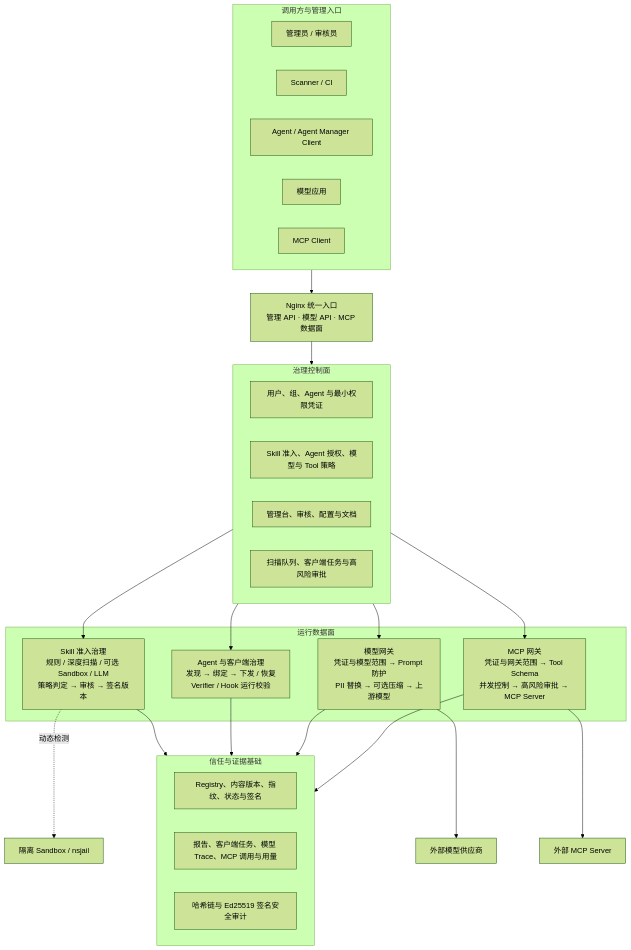
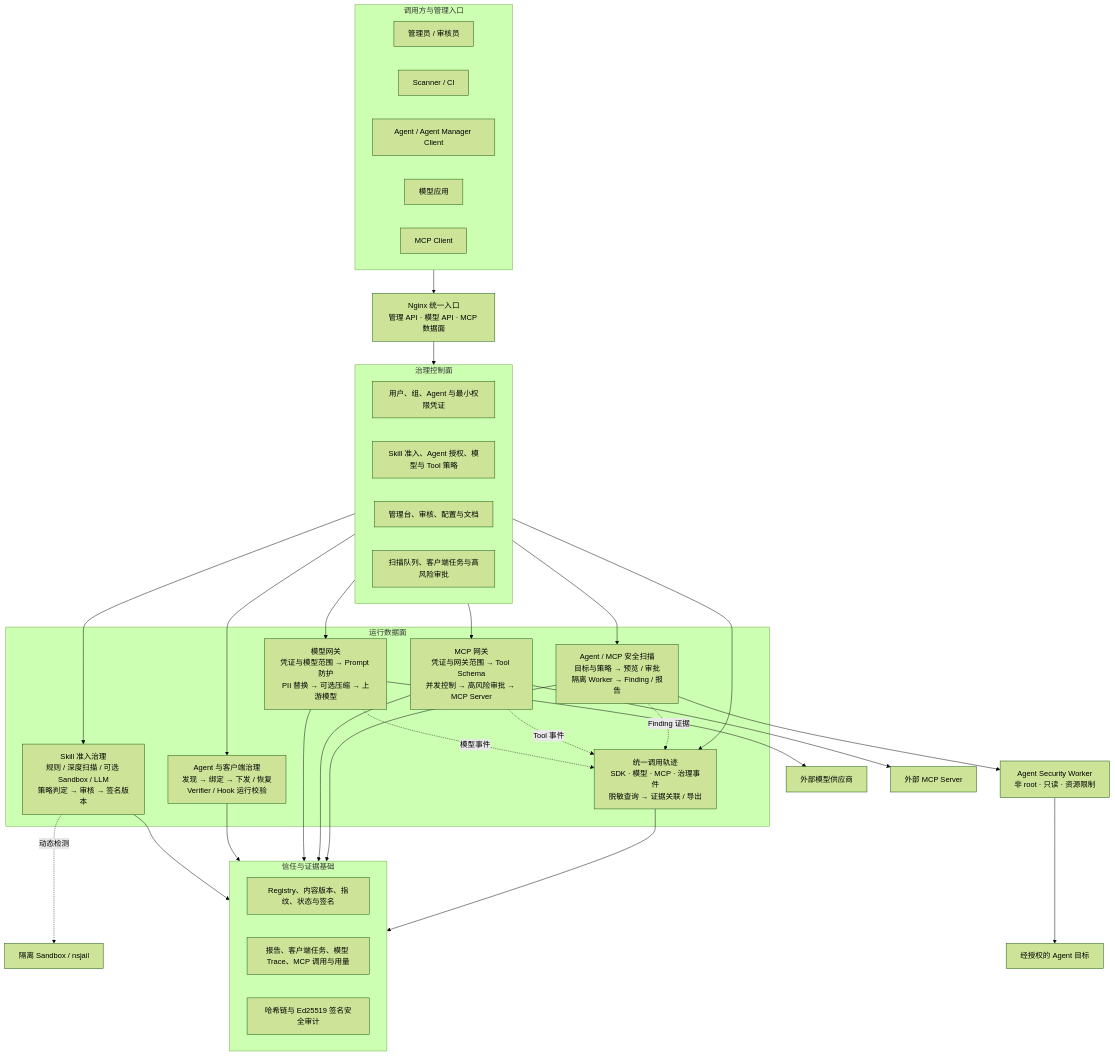
One commit to HuangLuGuang/skill-manager changed the second of 6 diagrams in docs/project-guide.md. Above: the diagram before and after it, drawn with Mermaid (forest theme). The commit also changed other lines of this file and 5150 other files, not shown here.

Commit message:
feat: add agent security scanning and Dify inventory

````diff
--- a/docs/project-guide.md
+++ b/docs/project-guide.md
@@ -164,49 +225,62 @@
 ```mermaid
 flowchart TB
     subgraph Callers["调用方与管理入口"]
       Admin["管理员 / 审核员"]
       Scanner["Scanner / CI"]
       Agent["Agent / Agent Manager Client"]
       ModelApp["模型应用"]
       McpClient["MCP Client"]
     end
 
     Entry["Nginx 统一入口<br/>管理 API · 模型 API · MCP 数据面"]
     Callers --> Entry
 
     subgraph Control["治理控制面"]
       Identity["用户、组、Agent 与最小权限凭证"]
       Policy["Skill 准入、Agent 授权、模型与 Tool 策略"]
       Console["管理台、审核、配置与文档"]
       Tasks["扫描队列、客户端任务与高风险审批"]
     end
     Entry --> Control
 
     subgraph Runtime["运行数据面"]
       Skill["Skill 准入治理<br/>规则 / 深度扫描 / 可选 Sandbox / LLM<br/>策略判定 → 审核 → 签名版本"]
       Client["Agent 与客户端治理<br/>发现 → 绑定 → 下发 / 恢复<br/>Verifier / Hook 运行校验"]
       Model["模型网关<br/>凭证与模型范围 → Prompt 防护<br/>PII 替换 → 可选压缩 → 上游模型"]
       MCP["MCP 网关<br/>凭证与网关范围 → Tool Schema<br/>并发控制 → 高风险审批 → MCP Server"]
+      AgentScan["Agent / MCP 安全扫描<br/>目标与策略 → 预览 / 审批<br/>隔离 Worker → Finding / 报告"]
+      RuntimeTrace["统一调用轨迹<br/>SDK · 模型 · MCP · 治理事件<br/>脱敏查询 → 证据关联 / 导出"]
     end
     Control --> Skill
     Control --> Client
     Control --> Model
     Control --> MCP
+    Control --> AgentScan
+    Control --> RuntimeTrace
 
     Sandbox["隔离 Sandbox / nsjail"]
+    SecurityWorker["Agent Security Worker<br/>非 root · 只读 · 资源限制"]
     Upstream["外部模型供应商"]
     Servers["外部 MCP Server"]
+    Targets["经授权的 Agent 目标"]
     Skill -. "动态检测" .-> Sandbox
+    AgentScan --> SecurityWorker
+    SecurityWorker --> Targets
     Model --> Upstream
     MCP --> Servers
+    Model -. "模型事件" .-> RuntimeTrace
+    MCP -. "Tool 事件" .-> RuntimeTrace
+    AgentScan -. "Finding 证据" .-> RuntimeTrace
 
     subgraph Evidence["信任与证据基础"]
       Registry["Registry、内容版本、指纹、状态与签名"]
       Trace["报告、客户端任务、模型 Trace、MCP 调用与用量"]
       Audit["哈希链与 Ed25519 签名安全审计"]
     end
     Skill --> Evidence
     Client --> Evidence
     Model --> Evidence
     MCP --> Evidence
+    AgentScan --> Evidence
+    RuntimeTrace --> Evidence
 ```
````
